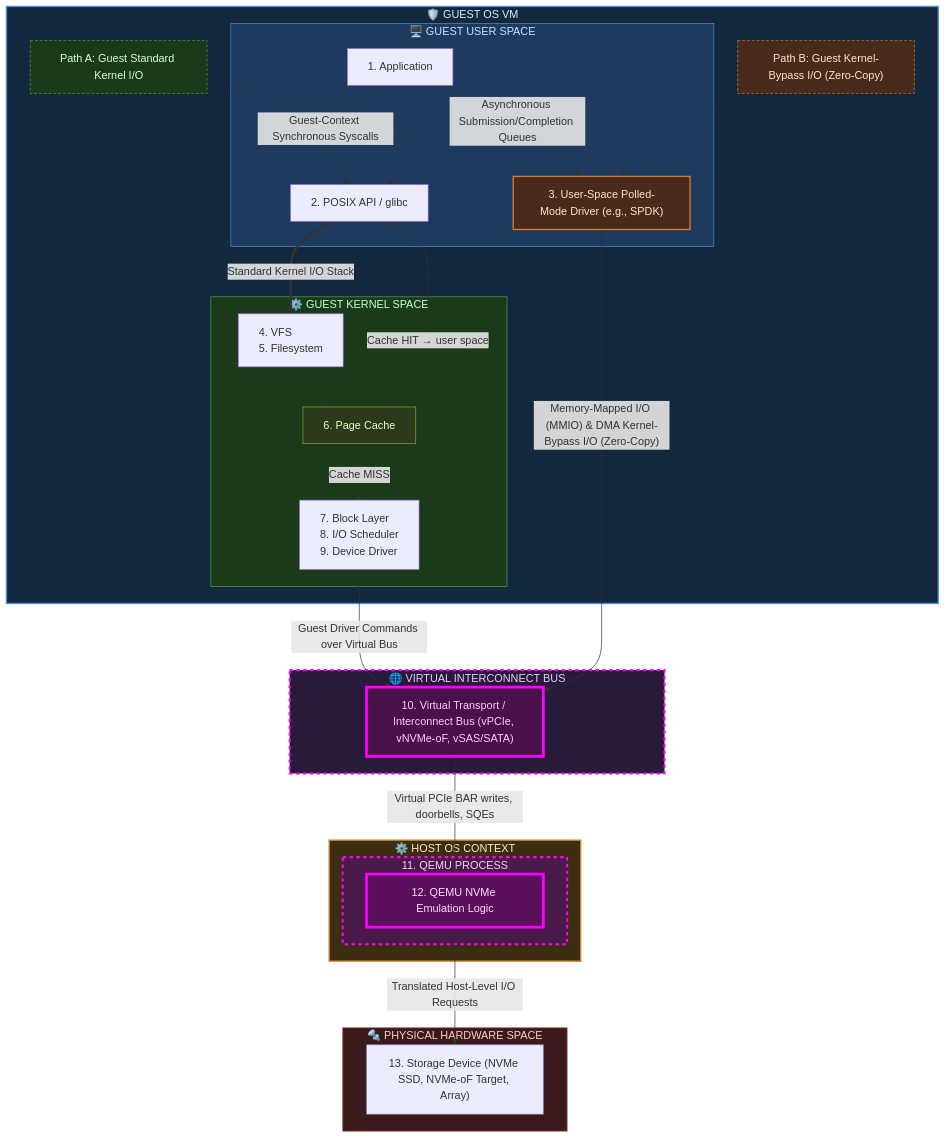
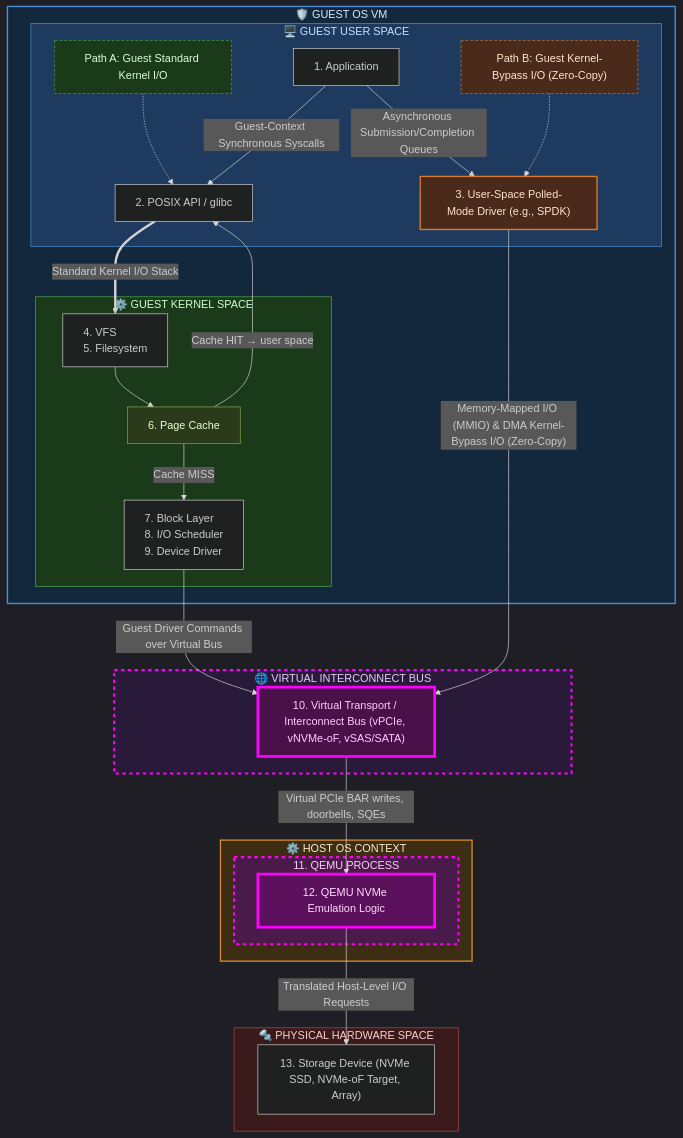
One commit to SiliconLanguage/dataplane-emu changed the diagram in docs/arch/qemu-nvme-storage-stack.md. Above: the diagram before and after it, drawn with Mermaid.

Commit message:
updated line style and layout

````diff
--- a/docs/arch/qemu-nvme-storage-stack.md
+++ b/docs/arch/qemu-nvme-storage-stack.md
@@ -5,62 +5,62 @@
 ```mermaid
+%%{init: {'theme': 'dark'}}%%
 flowchart TD
     subgraph GUEST["🛡️ GUEST OS VM"]
         subgraph USER["🖥️ GUEST USER SPACE"]
+            P1["Path A: Guest Standard Kernel I/O"]
             A["1. Application"]
             B["2. POSIX API / glibc"]
+            P2["Path B: Guest Kernel-Bypass I/O (Zero-Copy)"]
             J["3. User-Space Polled-Mode Driver (e.g., SPDK)"]
         end
 
         subgraph KERNEL["⚙️ GUEST KERNEL SPACE"]
             C["<div style='text-align: left;'>4. VFS<br/>5. Filesystem</div>"]
             E["6. Page Cache"]
             F["<div style='text-align: left;'>7. Block Layer<br/>8. I/O Scheduler<br/>9. Device Driver</div>"]
         end
-
-        P1["Path A: Guest Standard Kernel I/O"]
-        P2["Path B: Guest Kernel-Bypass I/O (Zero-Copy)"]
     end
 
     subgraph VIRTUAL_HW["🌐 VIRTUAL INTERCONNECT BUS"]
         T["10. Virtual Transport / Interconnect Bus (vPCIe, vNVMe-oF, vSAS/SATA)"]
     end
 
     subgraph HOST["⚙️ HOST OS CONTEXT"]
         subgraph QEMU["11. QEMU PROCESS"]
             QN["12. QEMU NVMe Emulation Logic"]
         end
     end
 
     subgraph PHYSICAL_HW["🔩 PHYSICAL HARDWARE SPACE"]
         I["13. Storage Device (NVMe SSD, NVMe-oF Target, Array)"]
     end
 
     A -->|"Guest-Context Synchronous Syscalls"| B
     B == Standard Kernel I/O Stack ==> C
     C --> E
     E -->|"Cache HIT → user space"| B
     E -->|"Cache MISS"| F
     F -->|"Guest Driver Commands over Virtual Bus"| T
 
     A -->|"Asynchronous Submission/Completion Queues"| J
     J -->|"Memory-Mapped I/O (MMIO) & DMA Kernel-Bypass I/O (Zero-Copy)"| T
     T -->|"Virtual PCIe BAR writes, doorbells, SQEs"| QN
     QN -->|"Translated Host-Level I/O Requests"| I
 
     P1 -.-> B
     P2 -.-> J
 
     style GUEST fill:#13283d,color:#d8ebff,stroke:#4a90d9,stroke-width:2px
     style USER fill:#1e3a5f,color:#cce0ff,stroke:#4a90d9
     style KERNEL fill:#1a3a1a,color:#ccffcc,stroke:#4aaa4a
     style HOST fill:#3d2d12,color:#ffe9cc,stroke:#d08a2b,stroke-width:2px
     style QEMU fill:#4a1a4a,color:#ffccff,stroke:#ff00ff,stroke-width:3px,stroke-dasharray: 5 5
     style QN fill:#5a105a,color:#ffddff,stroke:#ff00ff,stroke-width:4px
     style VIRTUAL_HW fill:#2a1a3a,color:#e6ccff,stroke:#ff00ff,stroke-width:3px,stroke-dasharray: 5 5
     style PHYSICAL_HW fill:#3a1a1a,color:#ffcccc,stroke:#aa4a4a
     style E fill:#2a3a1a,color:#eeffcc,stroke:#88aa44
     style J fill:#4a2a1a,color:#ffe6cc,stroke:#d9792b,stroke-width:2px
     style T fill:#4a104a,color:#ffccff,stroke:#ff00ff,stroke-width:4px
     style P1 fill:#1a3a1a,color:#d9ffd9,stroke:#4aaa4a,stroke-dasharray: 4 3
     style P2 fill:#4a2a1a,color:#ffe6cc,stroke:#d9792b,stroke-dasharray: 4 3
 ```
````
